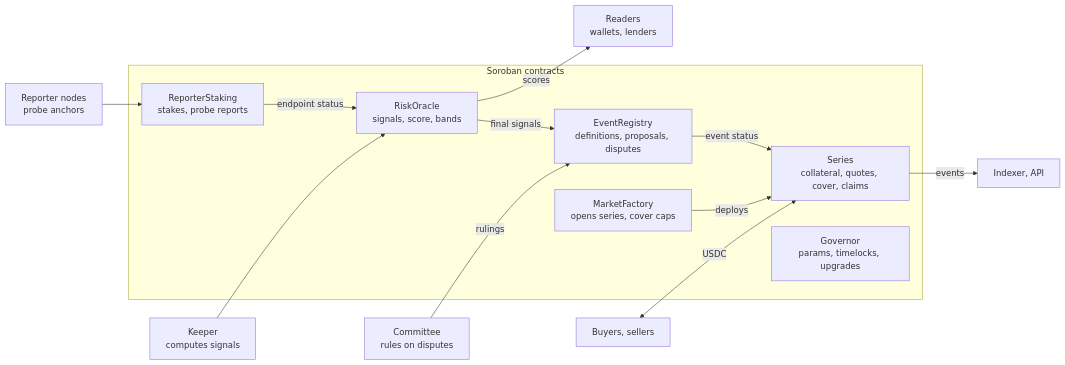
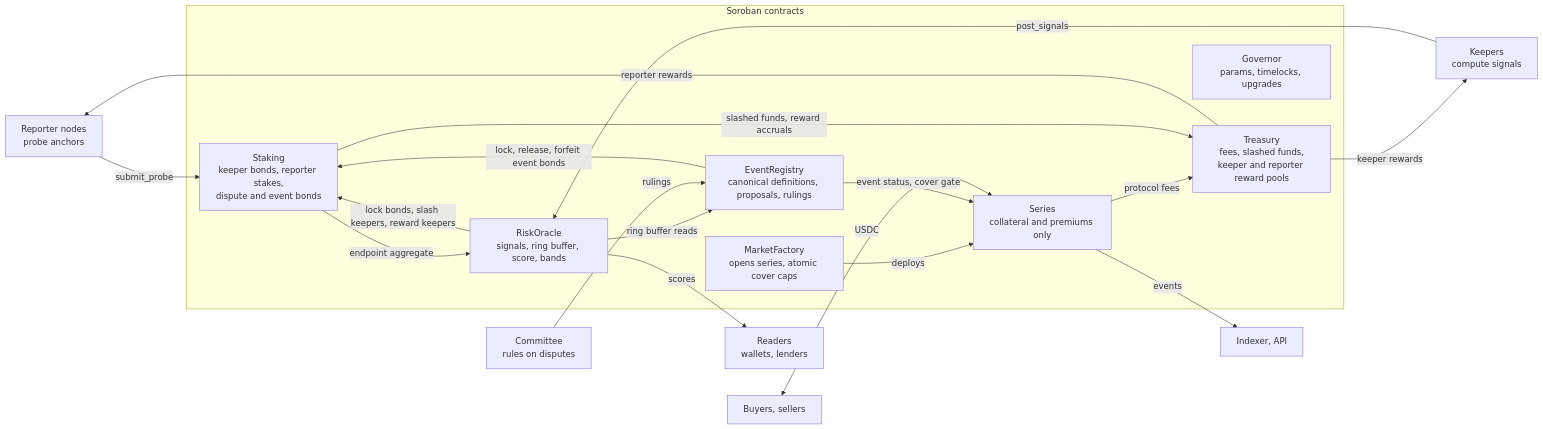
Before and after one commit to Sylox-labs/sylox: the first of 14 diagrams in technical-doc.md, drawn with Mermaid. The commit also changed other lines of this file, not shown here.

````diff
--- a/technical-doc.md
+++ b/technical-doc.md
@@ -58,16 +155,22 @@
 ```mermaid
 flowchart LR
-  RN[Reporter nodes<br/>probe anchors] --> RS
-  KP[Keeper<br/>computes signals] --> RO
+  RN[Reporter nodes<br/>probe anchors] -->|submit_probe| ST
+  KP[Keepers<br/>compute signals] -->|post_signals| RO
   subgraph Soroban contracts
-    RS[ReporterStaking<br/>stakes, probe reports] -->|endpoint status| RO[RiskOracle<br/>signals, score, bands]
-    RO -->|final signals| ER[EventRegistry<br/>definitions, proposals, disputes]
-    MF[MarketFactory<br/>opens series, cover caps] -->|deploys| SE[Series<br/>collateral, quotes, cover, claims]
-    ER -->|event status| SE
+    ST[Staking<br/>keeper bonds, reporter stakes,<br/>dispute and event bonds] -->|endpoint aggregate| RO[RiskOracle<br/>signals, ring buffer, score, bands]
+    RO -->|ring buffer reads| ER[EventRegistry<br/>canonical definitions, proposals, rulings]
+    RO -->|lock bonds, slash keepers, reward keepers| ST
+    ER -->|lock, release, forfeit event bonds| ST
+    MF[MarketFactory<br/>opens series, atomic cover caps] -->|deploys| SE[Series<br/>collateral and premiums only]
+    ER -->|event status, cover gate| SE
+    SE -->|protocol fees| TR[Treasury<br/>fees, slashed funds,<br/>keeper and reporter reward pools]
+    ST -->|slashed funds, reward accruals| TR
     GV[Governor<br/>params, timelocks, upgrades]
   end
+  TR -->|keeper rewards| KP
+  TR -->|reporter rewards| RN
   RO -->|scores| RD[Readers<br/>wallets, lenders]
   CM[Committee<br/>rules on disputes] -->|rulings| ER
   BS[Buyers, sellers] <-->|USDC| SE
   SE -->|events| IX[Indexer, API]
 ```
````
